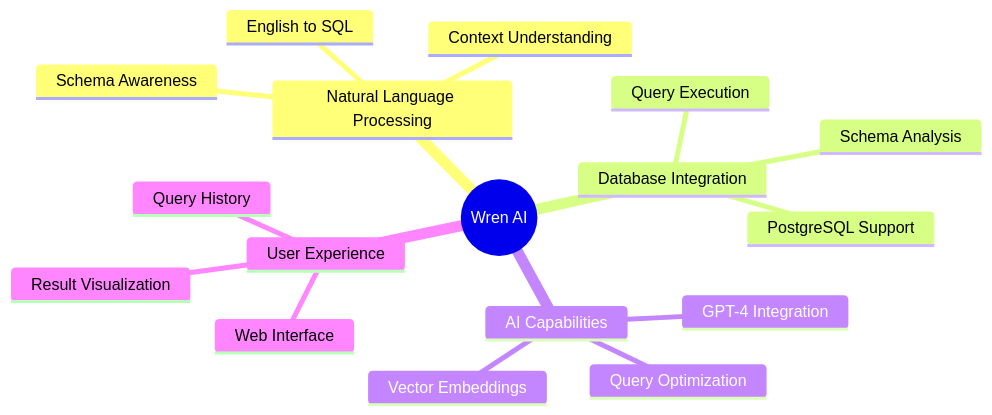
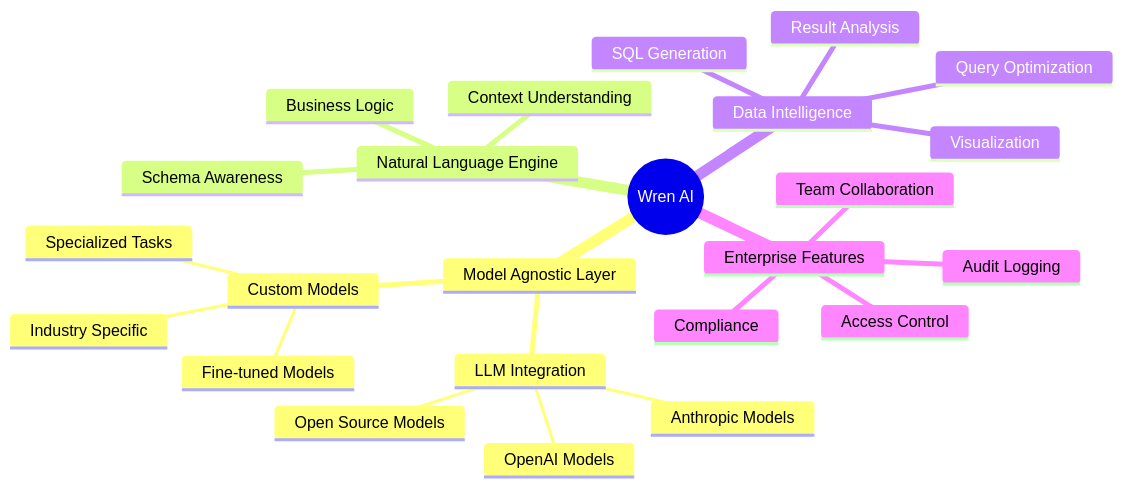
The second of 13 diagrams in README.md (gonnect-uk/wren-covenversation-ai), drawn with Mermaid before and after one commit. The commit also changed other lines of this file, not shown here.

First line of the commit message:
docs: highlight Wren AI's model-agnostic nature and business value

````diff
--- a/README.md
+++ b/README.md
@@ -66,20 +85,27 @@
 ```mermaid
 mindmap
   root((Wren AI))
-    Natural Language Processing
-      English to SQL
+    Model Agnostic Layer
+      LLM Integration
+        OpenAI Models
+        Anthropic Models
+        Open Source Models
+      Custom Models
+        Industry Specific
+        Fine-tuned Models
+        Specialized Tasks
+    Natural Language Engine
       Context Understanding
       Schema Awareness
-    Database Integration
-      PostgreSQL Support
-      Schema Analysis
-      Query Execution
-    AI Capabilities
-      GPT-4 Integration
-      Vector Embeddings
+      Business Logic
+    Data Intelligence
+      SQL Generation
       Query Optimization
-    User Experience
-      Web Interface
-      Query History
-      Result Visualization
+      Result Analysis
+      Visualization
+    Enterprise Features
+      Access Control
+      Audit Logging
+      Compliance
+      Team Collaboration
 ```
````
